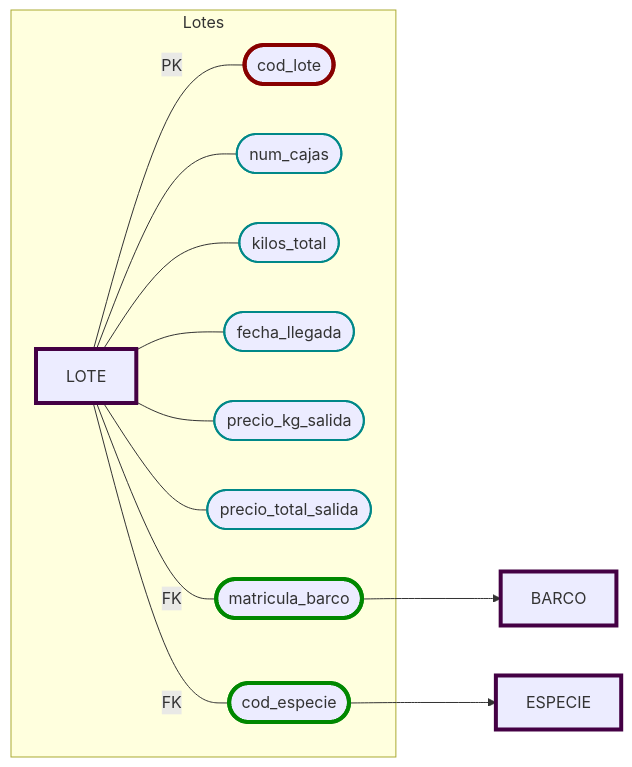
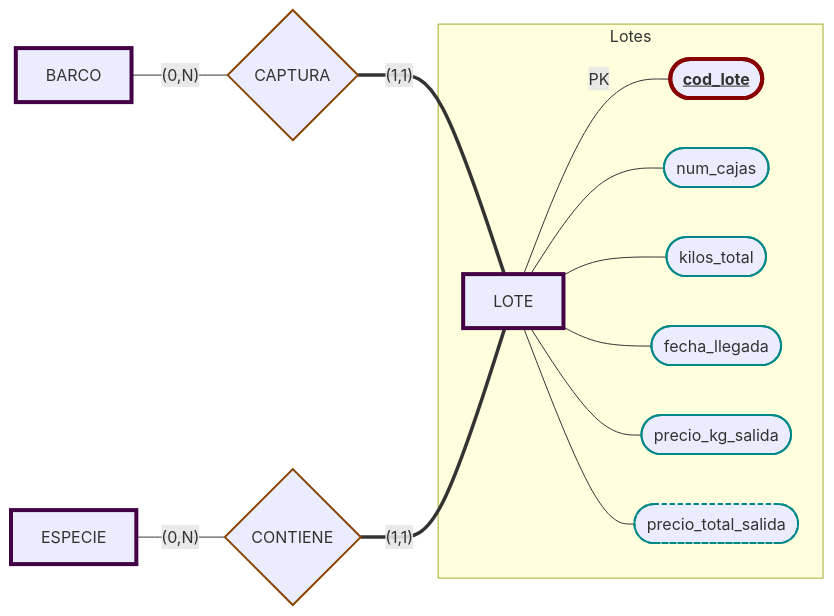
The diagram in Practica/P1/Schema/Lotes.md (JulTob/BasesDeDatos), drawn with Mermaid before and after one commit. The commit also changed 16 other files, not shown here.

````diff
--- a/Practica/P1/Schema/Lotes.md
+++ b/Practica/P1/Schema/Lotes.md
@@ -14,29 +14,26 @@
 ```mermaid
 flowchart LR
   classDef atributo stroke:#088,stroke-width:2px;
+  classDef derivado stroke:#088,stroke-width:2px,stroke-dasharray:5 3;
   classDef pk stroke:#800,stroke-width:4px;
   classDef entidad stroke:#404,stroke-width:4px;
   classDef relacion stroke:#840,stroke-width:2px;
-  classDef fk stroke:#080,stroke-width:4px;
 
   %% Atributos LOTE
   subgraph Lotes
     Lote[LOTE]:::entidad
-    Lote ---|PK| cod_lote([cod_lote]):::pk   
+    Lote ---|PK| cod_lote(["<b><u>cod_lote</u></b>"]):::pk
     Lote --- num_cajas([num_cajas]):::atributo  
     Lote --- kilos_total([kilos_total]):::atributo  
     Lote --- fecha_llegada([fecha_llegada]):::atributo  
     Lote --- precio_kg_salida([precio_kg_salida]):::atributo  
-    Lote --- precio_total_salida([precio_total_salida]):::atributo  
-    Lote ---|FK| matricula_barco([matricula_barco]):::fk  
-    Lote ---|FK| cod_especie([cod_especie]):::fk  
+    Lote --- precio_total_salida([precio_total_salida]):::derivado
 
     end 
 
-matricula_barco ---> Barco
-Barco[BARCO]:::entidad
-
-cod_especie ---> Especie
-Especie[ESPECIE]:::entidad
+  Barco[BARCO]:::entidad ---|"(0,N)"| Captura{CAPTURA}:::relacion
+  Captura ===|"(1,1)"| Lote
+  Especie[ESPECIE]:::entidad ---|"(0,N)"| Contiene{CONTIENE}:::relacion
+  Contiene ===|"(1,1)"| Lote
 
 ```
````
